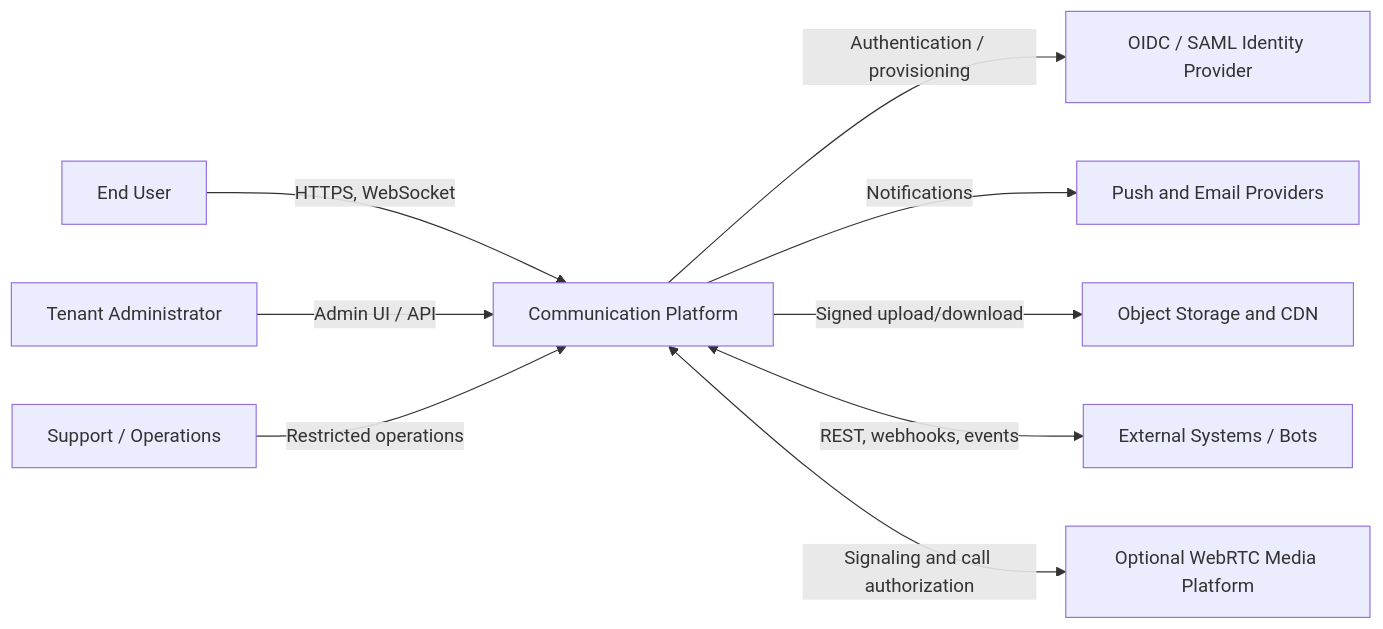
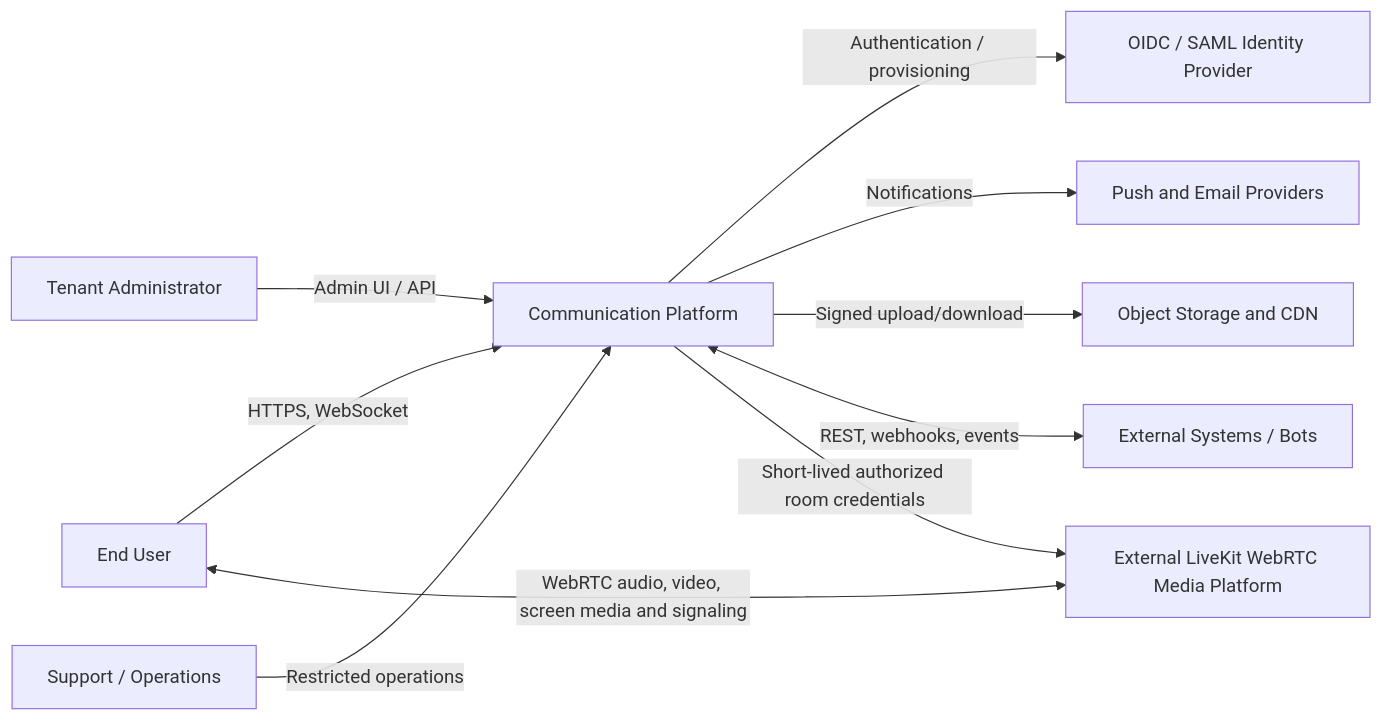
One commit to Soyuz-Tec/k-comms changed the diagram in docs/02-architecture/c4/01-system-context.md. Above: the diagram before and after it, drawn with Mermaid. The commit also changed other lines of this file and 315 other files, not shown here.

````diff
--- a/docs/02-architecture/c4/01-system-context.md
+++ b/docs/02-architecture/c4/01-system-context.md
@@ -3,21 +3,22 @@
 ```mermaid
 flowchart LR
     EndUser[End User]
     TenantAdmin[Tenant Administrator]
     Support[Support / Operations]
     Platform[Communication Platform]
     IdP[OIDC / SAML Identity Provider]
     Push[Push and Email Providers]
     Storage[Object Storage and CDN]
     Integrations[External Systems / Bots]
-    Media[Optional WebRTC Media Platform]
+    Media[External LiveKit WebRTC Media Platform]
 
     EndUser -->|HTTPS, WebSocket| Platform
     TenantAdmin -->|Admin UI / API| Platform
     Support -->|Restricted operations| Platform
     Platform -->|Authentication / provisioning| IdP
     Platform -->|Notifications| Push
     Platform -->|Signed upload/download| Storage
     Platform <-->|REST, webhooks, events| Integrations
-    Platform <-->|Signaling and call authorization| Media
+    Platform -->|Short-lived authorized room credentials| Media
+    EndUser <-->|WebRTC audio, video, screen media and signaling| Media
 ```
````
